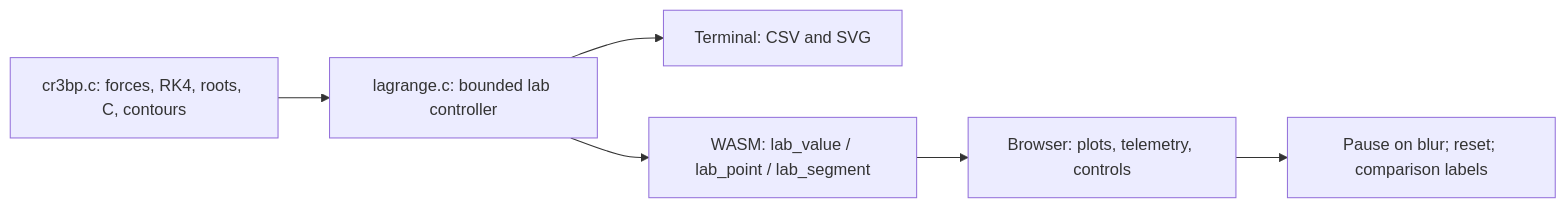
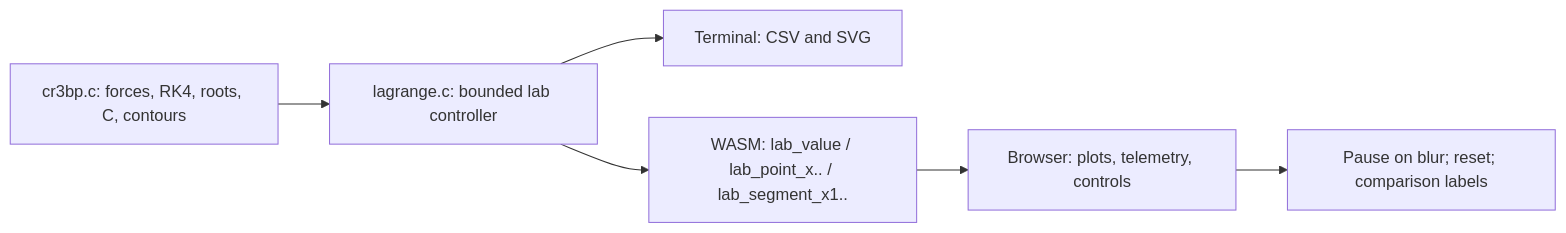
Before and after one commit to TM-59/gravity-well: the third of 3 diagrams in docs/theory/05-rotating-three-body.md, drawn with Mermaid. The commit also changed other lines of this file and 23 other files, not shown here.

````diff
--- a/docs/theory/05-rotating-three-body.md
+++ b/docs/theory/05-rotating-three-body.md
@@ -109,8 +109,8 @@
 ```mermaid
 flowchart LR
     A["cr3bp.c: forces, RK4, roots, C, contours"] --> B["lagrange.c: bounded lab controller"]
     B --> C["Terminal: CSV and SVG"]
-    B --> D["WASM: lab_value / lab_point / lab_segment"]
+    B --> D["WASM: lab_value / lab_point_x.. / lab_segment_x1.."]
     D --> E["Browser: plots, telemetry, controls"]
     E --> F["Pause on blur; reset; comparison labels"]
 ```
````
